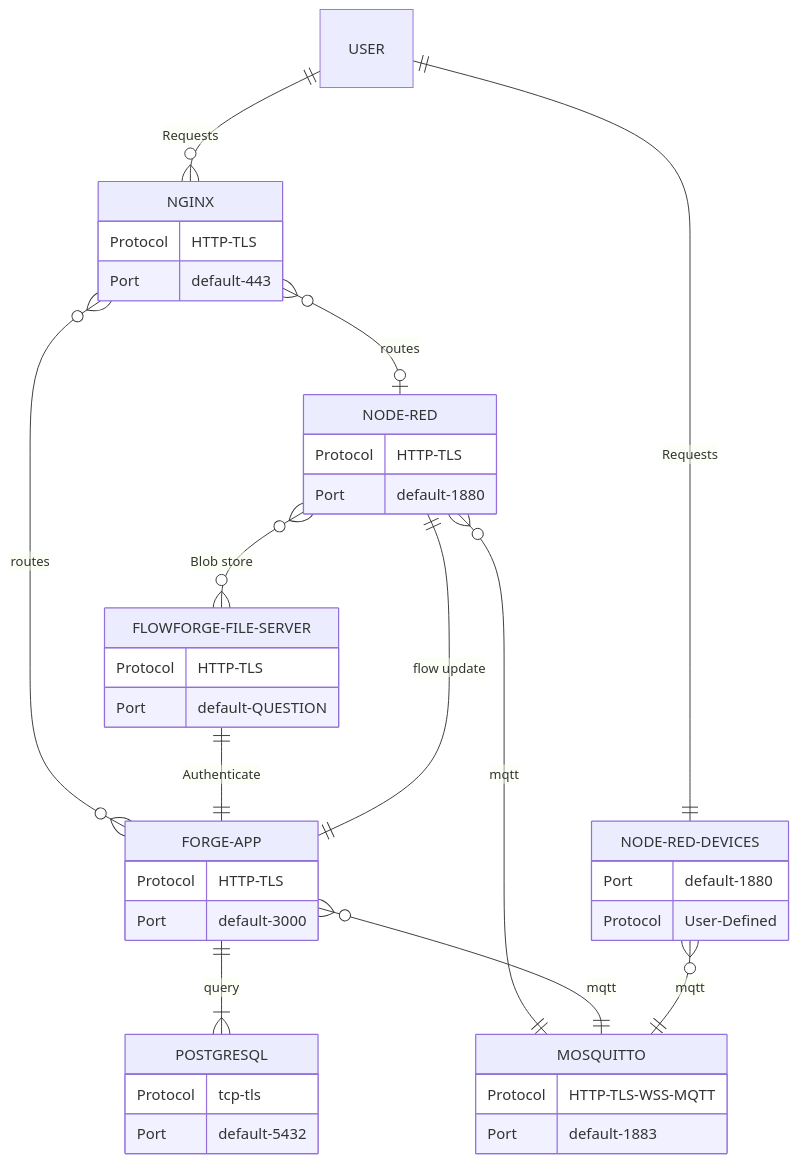
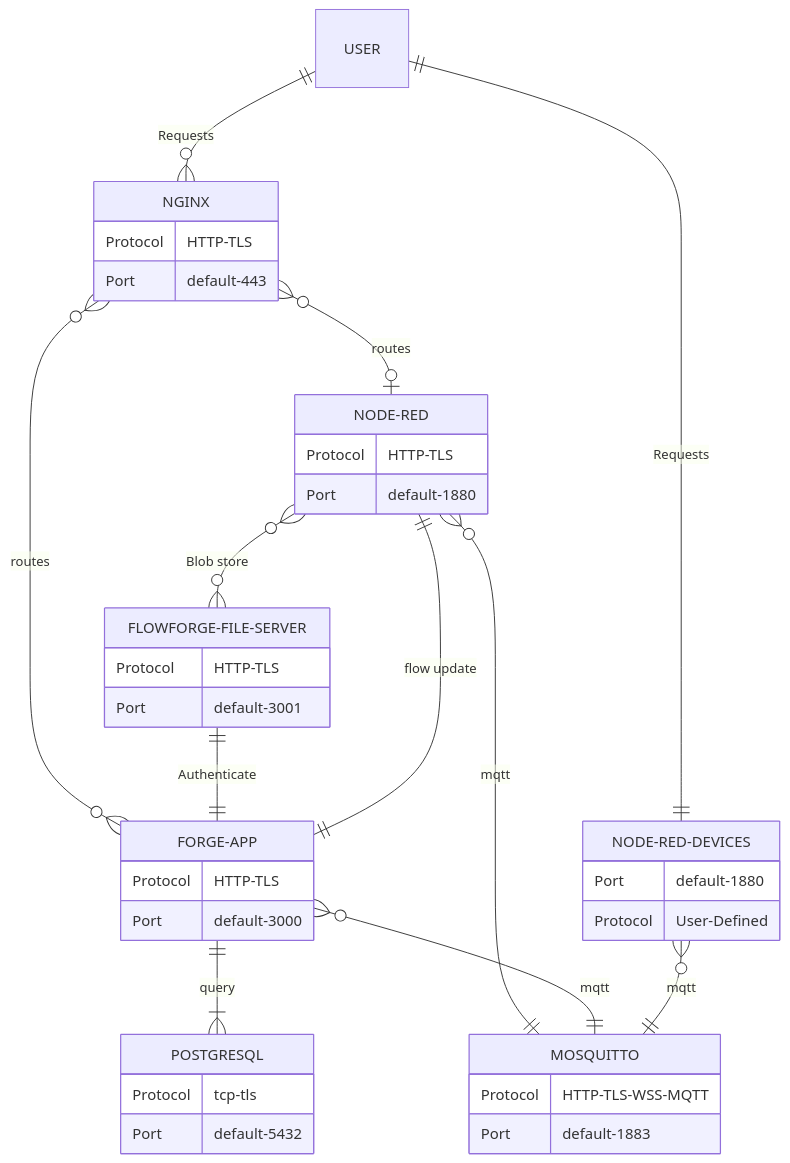
One commit to FlowFuse/flowfuse changed the diagram in docs/contribute/architecture.md. Above: the diagram before and after it, drawn with Mermaid.

````diff
--- a/docs/contribute/architecture.md
+++ b/docs/contribute/architecture.md
@@ -105,42 +105,42 @@
 ```mermaid
 erDiagram
     USER ||--o{ NGINX : Requests
     NGINX {
         Protocol HTTP-TLS
         Port default-443
     }
     FORGE-APP {
         Protocol HTTP-TLS
         Port default-3000
     }
     POSTGRESQL {
         Protocol tcp-tls
         Port default-5432
     }
     MOSQUITTO {
         Protocol HTTP-TLS-WSS-MQTT
         Port default-1883
     }
     FLOWFORGE-FILE-SERVER {
         Protocol HTTP-TLS
-        Port default-QUESTION
+        Port default-3001
     }
     NGINX }o--o| NODE-RED : routes
     NGINX }o--o{ FORGE-APP: routes
     FORGE-APP ||--|{ POSTGRESQL: query
     FORGE-APP ||--|| NODE-RED: "flow update"
     NODE-RED }o--o{ FLOWFORGE-FILE-SERVER: "Blob store"
     FLOWFORGE-FILE-SERVER ||--|| FORGE-APP: "Authenticate"
     NODE-RED {
         Protocol HTTP-TLS
         Port default-1880
     }
     NODE-RED }o--|| MOSQUITTO: mqtt
     FORGE-APP }o--|| MOSQUITTO: mqtt
     NODE-RED-DEVICES {
         Port default-1880
         Protocol User-Defined
     }
     NODE-RED-DEVICES }o--|| MOSQUITTO: mqtt
     USER ||--|| NODE-RED-DEVICES: Requests
 ```
````
